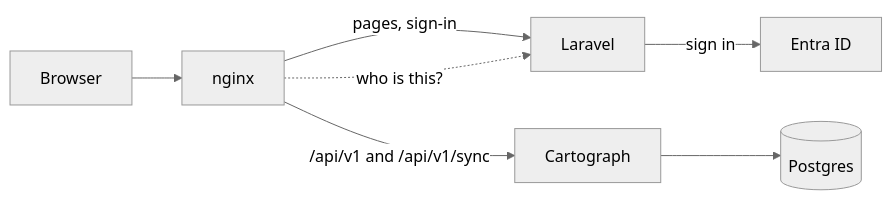
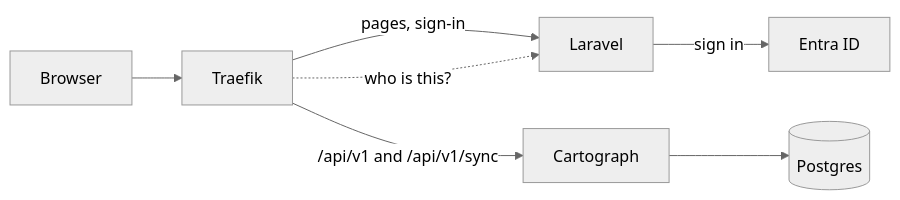
The diagram in docs/DISTRIBUTIONS.md (ProjectCartograph/cartograph-engine), drawn with Mermaid (neutral theme) before and after one commit. The commit also changed other lines of this file and 7 other files, not shown here.

````diff
--- a/docs/DISTRIBUTIONS.md
+++ b/docs/DISTRIBUTIONS.md
@@ -52,9 +52,9 @@
 ```mermaid
 flowchart LR
-    B[Browser] --> N[nginx]
+    B[Browser] --> N[Traefik]
     N -->|pages, sign-in| L[Laravel]
     N -->|/api/v1 and /api/v1/sync| C[Cartograph]
     N -.->|who is this?| L
     L -->|sign in| E[Entra ID]
     C --> P[(Postgres)]
 ```
````
